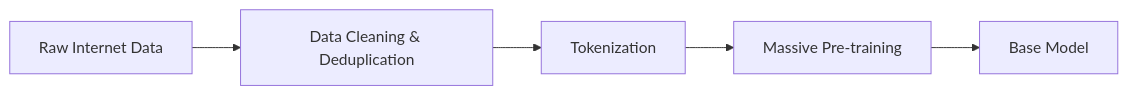
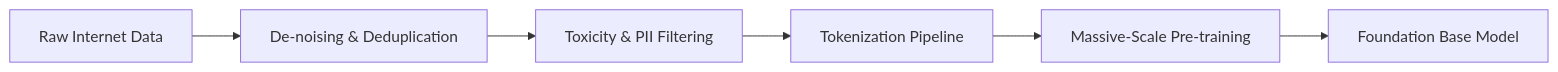
One commit to rayyan-41/de-anima changed the first of 3 diagrams in Science/Computer Science/AI/AI - Large Language Models - Architecture and Mechanics.md. Above: the diagram before and after it, drawn with Mermaid. The commit also changed other lines of this file and 4 other files, not shown here.

````diff
--- a/Science/Computer Science/AI/AI - Large Language Models - Architecture and Mechanics.md
+++ b/Science/Computer Science/AI/AI - Large Language Models - Architecture and Mechanics.md
@@ -38,7 +46,8 @@
 ```mermaid
 graph LR
-    A[Raw Internet Data] --> B[Data Cleaning & Deduplication]
-    B --> C[Tokenization]
-    C --> D[Massive Pre-training]
-    D --> E[Base Model]
+    A[Raw Internet Data] --> B[De-noising & Deduplication]
+    B --> C[Toxicity & PII Filtering]
+    C --> D[Tokenization Pipeline]
+    D --> E[Massive-Scale Pre-training]
+    E --> F[Foundation Base Model]
 ```
````
